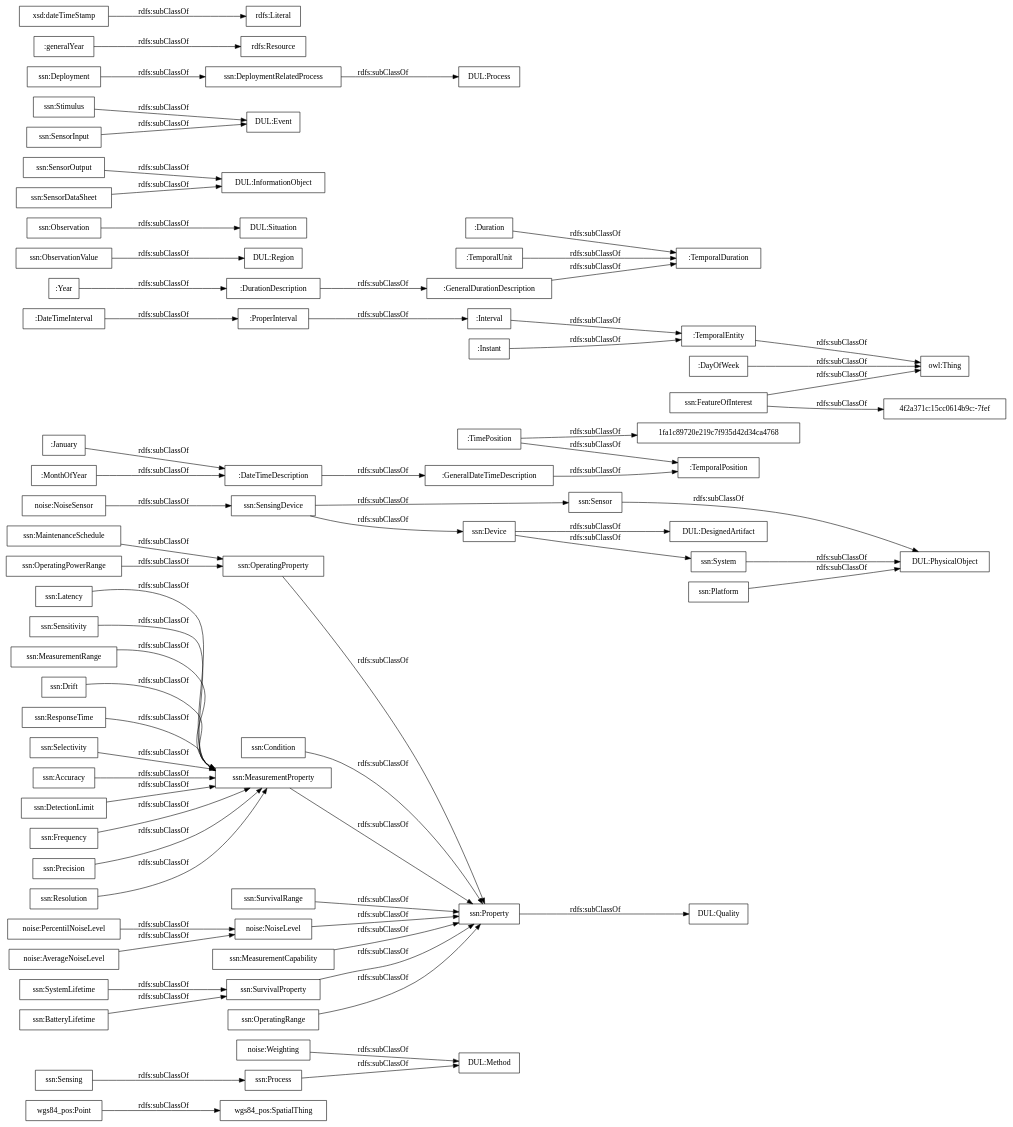
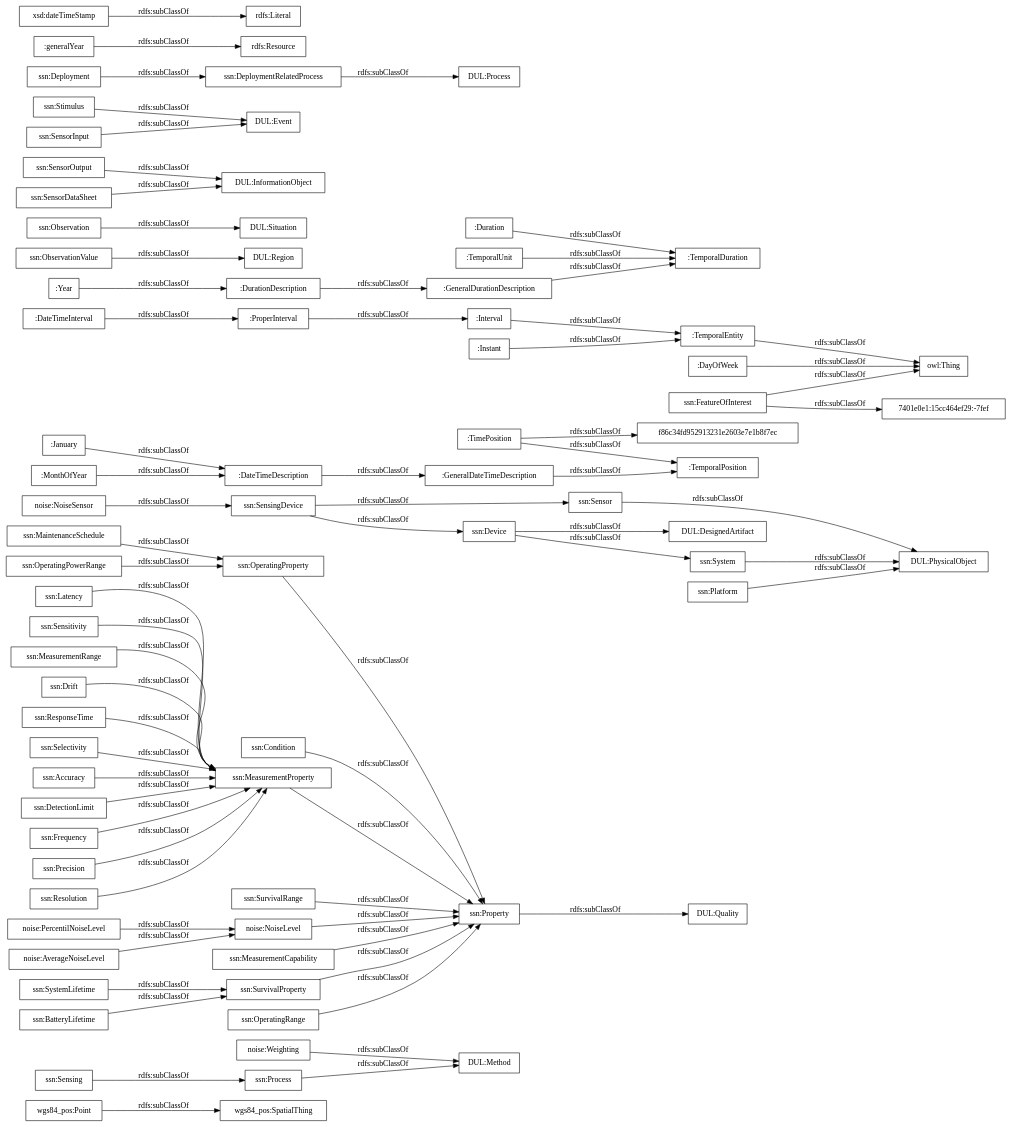
One commit to opencitydata/vocab-medio-ambiente-contaminacion-acustica changed the diagram in OnToology/contaminacion-acustica.owl/diagrams/ar2dtool-taxonomy/contaminacion-acustica.owl.png.dot. Above: the diagram before and after it, drawn with Graphviz. The commit also changed 9 other files, not shown here.

```diff
--- a/OnToology/contaminacion-acustica.owl/diagrams/ar2dtool-taxonomy/contaminacion-acustica.owl.png.dot
+++ b/OnToology/contaminacion-acustica.owl/diagrams/ar2dtool-taxonomy/contaminacion-acustica.owl.png.dot
@@ -1,73 +1,73 @@
 digraph ar2dtool_diagram { 
 rankdir=LR;
 size="1000"
-node [shape = rectangle, color="black"]; "wgs84_pos:SpatialThing" "wgs84_pos:Point" "noise:Weighting" "noise:PercentilNoiseLevel" "noise:NoiseSensor" "noise:NoiseLevel" "noise:AverageNoiseLevel" ":GeneralDateTimeDescription" ":DateTimeInterval" ":DurationDescription" ":TemporalDuration" ":Duration" ":GeneralDurationDescription" ":January" ":ProperInterval" ":TimePosition" ":TemporalPosition" ":Interval" "1fa1c89720e219c7f935d42d34ca4768" ":TemporalEntity" ":Year" ":MonthOfYear" ":DateTimeDescription" ":TemporalUnit" ":Instant" ":DayOfWeek" "4f2a371c:15cc0614b9c:-7fef" "ssn:Accuracy" "ssn:DetectionLimit" "ssn:Frequency" "ssn:Condition" "DUL:Region" "DUL:Situation" "DUL:PhysicalObject" "ssn:SensorOutput" "ssn:Precision" "ssn:Resolution" "DUL:Quality" "ssn:FeatureOfInterest" "ssn:Sensor" "DUL:InformationObject" "ssn:OperatingProperty" "DUL:Event" "ssn:OperatingPowerRange" "DUL:Method" "ssn:MaintenanceSchedule" "ssn:Sensing" "ssn:Latency" "ssn:SurvivalRange" "ssn:SensingDevice" "DUL:DesignedArtifact" "ssn:Sensitivity" "ssn:Stimulus" "DUL:Process" "ssn:MeasurementRange" "ssn:System" "ssn:SystemLifetime" "ssn:Property" "ssn:MeasurementProperty" "ssn:Process" "ssn:Deployment" "ssn:MeasurementCapability" "ssn:BatteryLifetime" "ssn:Drift" "ssn:DeploymentRelatedProcess" "ssn:SensorInput" "ssn:ResponseTime" "ssn:ObservationValue" "ssn:SensorDataSheet" "ssn:Observation" "ssn:Selectivity" "ssn:SurvivalProperty" "ssn:Device" "ssn:OperatingRange" "ssn:Platform" ; /*classes style*/
+node [shape = rectangle, color="black"]; "wgs84_pos:SpatialThing" "wgs84_pos:Point" "noise:Weighting" "noise:PercentilNoiseLevel" "noise:NoiseSensor" "noise:NoiseLevel" "noise:AverageNoiseLevel" ":GeneralDateTimeDescription" ":DateTimeInterval" ":DurationDescription" ":TemporalDuration" ":Duration" ":GeneralDurationDescription" ":January" ":ProperInterval" "f86c34fd952913231e2603e7e1b8f7ec" ":TimePosition" ":TemporalPosition" ":Interval" ":TemporalEntity" ":Year" ":MonthOfYear" ":DateTimeDescription" ":TemporalUnit" ":Instant" ":DayOfWeek" "7401e0e1:15cc464ef29:-7fef" "ssn:Accuracy" "ssn:DetectionLimit" "ssn:Frequency" "ssn:Condition" "DUL:Region" "DUL:Situation" "DUL:PhysicalObject" "ssn:SensorOutput" "ssn:Precision" "ssn:Resolution" "DUL:Quality" "ssn:FeatureOfInterest" "ssn:Sensor" "DUL:InformationObject" "ssn:OperatingProperty" "DUL:Event" "ssn:OperatingPowerRange" "DUL:Method" "ssn:MaintenanceSchedule" "ssn:Sensing" "ssn:Latency" "ssn:SurvivalRange" "ssn:SensingDevice" "DUL:DesignedArtifact" "ssn:Sensitivity" "ssn:Stimulus" "DUL:Process" "ssn:MeasurementRange" "ssn:System" "ssn:SystemLifetime" "ssn:Property" "ssn:MeasurementProperty" "ssn:Process" "ssn:Deployment" "ssn:MeasurementCapability" "ssn:BatteryLifetime" "ssn:Drift" "ssn:DeploymentRelatedProcess" "ssn:SensorInput" "ssn:ResponseTime" "ssn:ObservationValue" "ssn:SensorDataSheet" "ssn:Observation" "ssn:Selectivity" "ssn:SurvivalProperty" "ssn:Device" "ssn:OperatingRange" "ssn:Platform" ; /*classes style*/
 	":DateTimeDescription" -> ":GeneralDateTimeDescription" [ label = "rdfs:subClassOf" ];
 	"noise:AverageNoiseLevel" -> "noise:NoiseLevel" [ label = "rdfs:subClassOf" ];
 	"ssn:Deployment" -> "ssn:DeploymentRelatedProcess" [ label = "rdfs:subClassOf" ];
 	"ssn:SensingDevice" -> "ssn:Sensor" [ label = "rdfs:subClassOf" ];
 	"ssn:SensingDevice" -> "ssn:Device" [ label = "rdfs:subClassOf" ];
 	"ssn:DeploymentRelatedProcess" -> "DUL:Process" [ label = "rdfs:subClassOf" ];
 	"ssn:Accuracy" -> "ssn:MeasurementProperty" [ label = "rdfs:subClassOf" ];
 	":Instant" -> ":TemporalEntity" [ label = "rdfs:subClassOf" ];
 	"ssn:FeatureOfInterest" -> "owl:Thing" [ label = "rdfs:subClassOf" ];
-	"ssn:FeatureOfInterest" -> "4f2a371c:15cc0614b9c:-7fef" [ label = "rdfs:subClassOf" ];
+	"ssn:FeatureOfInterest" -> "7401e0e1:15cc464ef29:-7fef" [ label = "rdfs:subClassOf" ];
 	"ssn:Latency" -> "ssn:MeasurementProperty" [ label = "rdfs:subClassOf" ];
 	"ssn:Process" -> "DUL:Method" [ label = "rdfs:subClassOf" ];
 	"noise:Weighting" -> "DUL:Method" [ label = "rdfs:subClassOf" ];
 	":ProperInterval" -> ":Interval" [ label = "rdfs:subClassOf" ];
 	"ssn:Property" -> "DUL:Quality" [ label = "rdfs:subClassOf" ];
 	"ssn:MeasurementProperty" -> "ssn:Property" [ label = "rdfs:subClassOf" ];
 	"wgs84_pos:Point" -> "wgs84_pos:SpatialThing" [ label = "rdfs:subClassOf" ];
 	":MonthOfYear" -> ":DateTimeDescription" [ label = "rdfs:subClassOf" ];
 	"ssn:ResponseTime" -> "ssn:MeasurementProperty" [ label = "rdfs:subClassOf" ];
 	"ssn:OperatingRange" -> "ssn:Property" [ label = "rdfs:subClassOf" ];
 	"noise:NoiseLevel" -> "ssn:Property" [ label = "rdfs:subClassOf" ];
 	"ssn:MeasurementRange" -> "ssn:MeasurementProperty" [ label = "rdfs:subClassOf" ];
 	"ssn:Stimulus" -> "DUL:Event" [ label = "rdfs:subClassOf" ];
 	":Duration" -> ":TemporalDuration" [ label = "rdfs:subClassOf" ];
 	"ssn:SurvivalProperty" -> "ssn:Property" [ label = "rdfs:subClassOf" ];
 	"ssn:MaintenanceSchedule" -> "ssn:OperatingProperty" [ label = "rdfs:subClassOf" ];
 	"ssn:SensorInput" -> "DUL:Event" [ label = "rdfs:subClassOf" ];
-	":TimePosition" -> "1fa1c89720e219c7f935d42d34ca4768" [ label = "rdfs:subClassOf" ];
+	":TimePosition" -> "f86c34fd952913231e2603e7e1b8f7ec" [ label = "rdfs:subClassOf" ];
 	":TimePosition" -> ":TemporalPosition" [ label = "rdfs:subClassOf" ];
 	":TemporalEntity" -> "owl:Thing" [ label = "rdfs:subClassOf" ];
 	"ssn:Sensitivity" -> "ssn:MeasurementProperty" [ label = "rdfs:subClassOf" ];
 	"ssn:Drift" -> "ssn:MeasurementProperty" [ label = "rdfs:subClassOf" ];
 	"ssn:System" -> "DUL:PhysicalObject" [ label = "rdfs:subClassOf" ];
 	":GeneralDurationDescription" -> ":TemporalDuration" [ label = "rdfs:subClassOf" ];
 	"ssn:Resolution" -> "ssn:MeasurementProperty" [ label = "rdfs:subClassOf" ];
 	"ssn:Precision" -> "ssn:MeasurementProperty" [ label = "rdfs:subClassOf" ];
 	"noise:PercentilNoiseLevel" -> "noise:NoiseLevel" [ label = "rdfs:subClassOf" ];
 	"ssn:DetectionLimit" -> "ssn:MeasurementProperty" [ label = "rdfs:subClassOf" ];
 	":DateTimeInterval" -> ":ProperInterval" [ label = "rdfs:subClassOf" ];
 	"ssn:Sensor" -> "DUL:PhysicalObject" [ label = "rdfs:subClassOf" ];
 	"ssn:SensorDataSheet" -> "DUL:InformationObject" [ label = "rdfs:subClassOf" ];
 	"ssn:OperatingPowerRange" -> "ssn:OperatingProperty" [ label = "rdfs:subClassOf" ];
 	"noise:NoiseSensor" -> "ssn:SensingDevice" [ label = "rdfs:subClassOf" ];
 	":Interval" -> ":TemporalEntity" [ label = "rdfs:subClassOf" ];
 	":GeneralDateTimeDescription" -> ":TemporalPosition" [ label = "rdfs:subClassOf" ];
 	":January" -> ":DateTimeDescription" [ label = "rdfs:subClassOf" ];
 	"ssn:ObservationValue" -> "DUL:Region" [ label = "rdfs:subClassOf" ];
 	":DayOfWeek" -> "owl:Thing" [ label = "rdfs:subClassOf" ];
 	"ssn:Device" -> "DUL:DesignedArtifact" [ label = "rdfs:subClassOf" ];
 	"ssn:Device" -> "ssn:System" [ label = "rdfs:subClassOf" ];
 	"ssn:Platform" -> "DUL:PhysicalObject" [ label = "rdfs:subClassOf" ];
 	":Year" -> ":DurationDescription" [ label = "rdfs:subClassOf" ];
 	":DurationDescription" -> ":GeneralDurationDescription" [ label = "rdfs:subClassOf" ];
 	"ssn:OperatingProperty" -> "ssn:Property" [ label = "rdfs:subClassOf" ];
 	":generalYear" -> "rdfs:Resource" [ label = "rdfs:subClassOf" ];
 	"ssn:Selectivity" -> "ssn:MeasurementProperty" [ label = "rdfs:subClassOf" ];
 	"ssn:BatteryLifetime" -> "ssn:SurvivalProperty" [ label = "rdfs:subClassOf" ];
 	":TemporalUnit" -> ":TemporalDuration" [ label = "rdfs:subClassOf" ];
 	"ssn:Observation" -> "DUL:Situation" [ label = "rdfs:subClassOf" ];
 	"ssn:Sensing" -> "ssn:Process" [ label = "rdfs:subClassOf" ];
 	"ssn:SystemLifetime" -> "ssn:SurvivalProperty" [ label = "rdfs:subClassOf" ];
 	"ssn:SurvivalRange" -> "ssn:Property" [ label = "rdfs:subClassOf" ];
 	"ssn:Frequency" -> "ssn:MeasurementProperty" [ label = "rdfs:subClassOf" ];
 	"ssn:SensorOutput" -> "DUL:InformationObject" [ label = "rdfs:subClassOf" ];
 	"ssn:Condition" -> "ssn:Property" [ label = "rdfs:subClassOf" ];
 	"xsd:dateTimeStamp" -> "rdfs:Literal" [ label = "rdfs:subClassOf" ];
 	"ssn:MeasurementCapability" -> "ssn:Property" [ label = "rdfs:subClassOf" ];
 
 }
```
